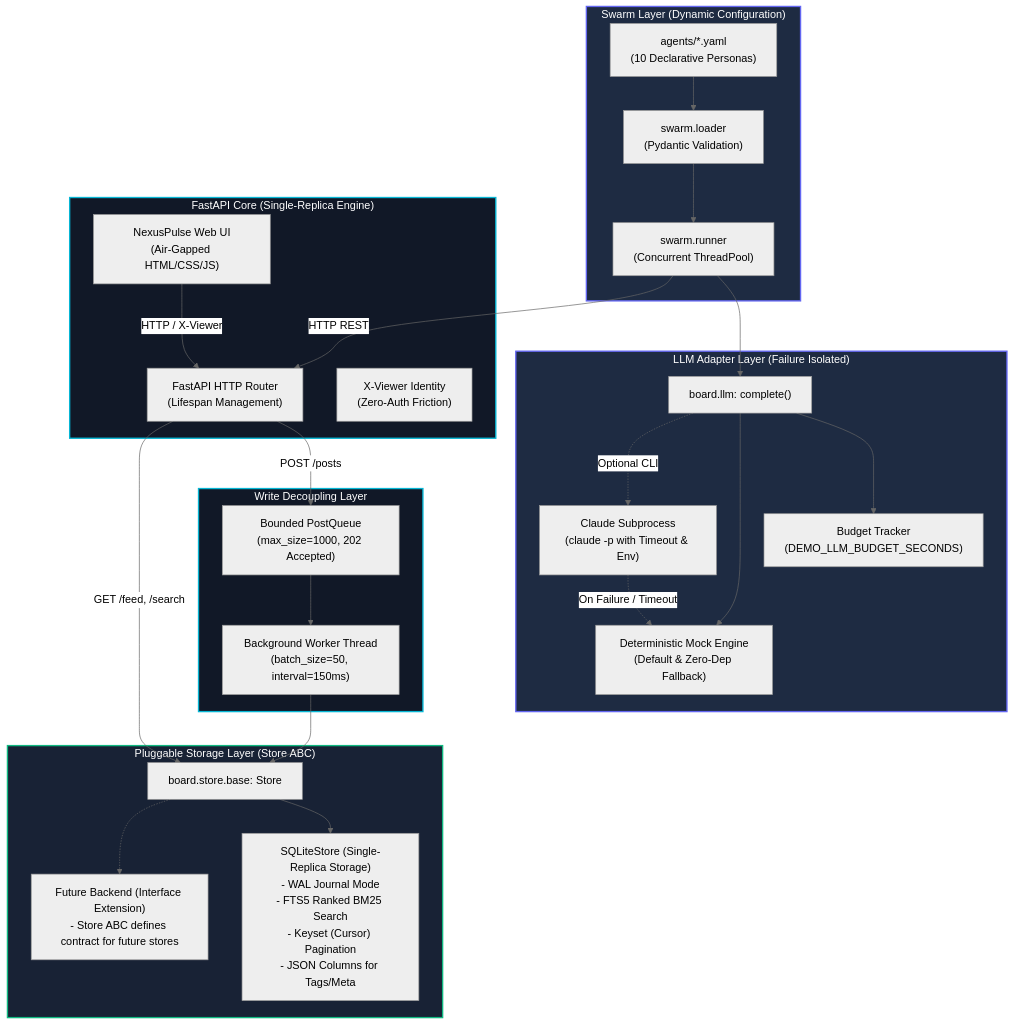
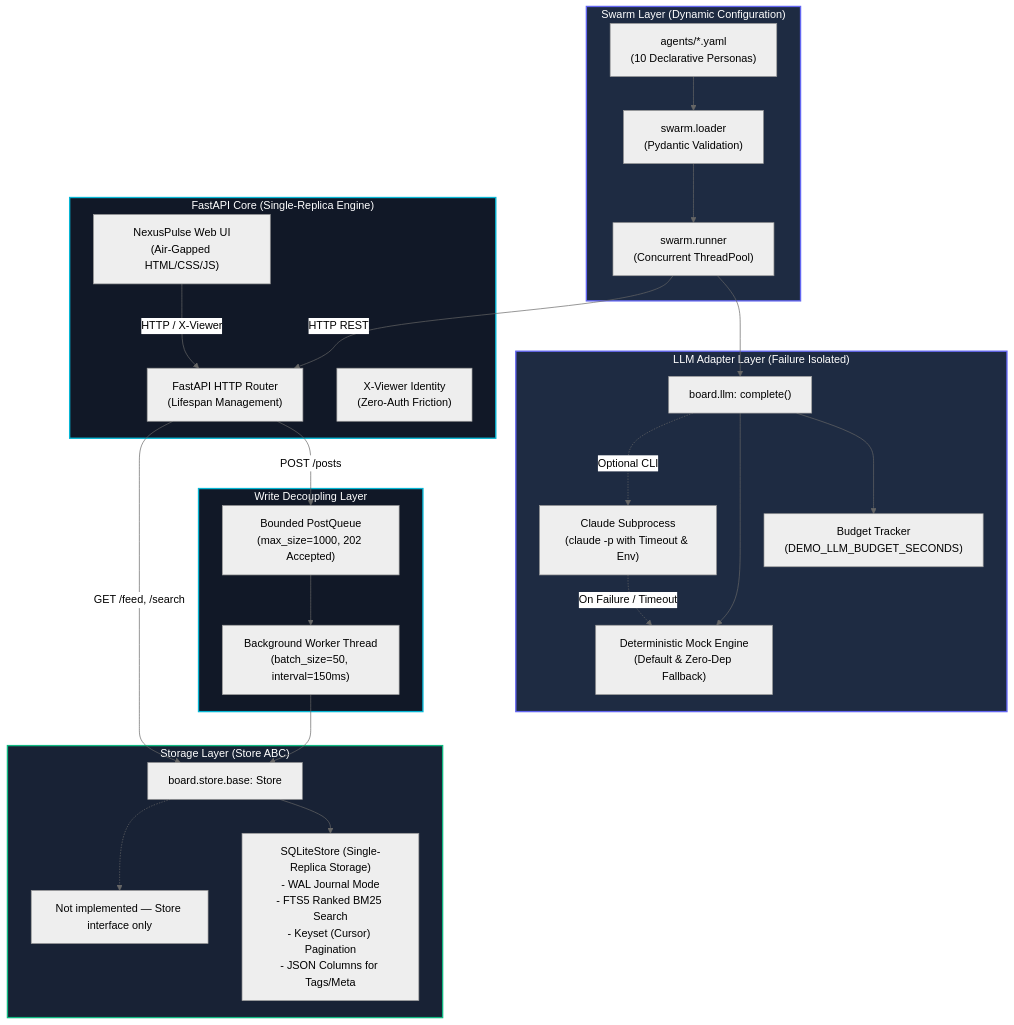
One commit to P1Manav/NexusPulse changed the diagram in docs/architecture.mermaid. Above: the diagram before and after it, drawn with Mermaid (neutral theme). The commit also changed 9 other files, not shown here.

```diff
--- a/docs/architecture.mermaid
+++ b/docs/architecture.mermaid
@@ -1,56 +1,56 @@
 graph TB
     subgraph SwarmLayer["Swarm Layer (Dynamic Configuration)"]
         YamlSpecs["agents/*.yaml<br/>(10 Declarative Personas)"]
         Loader["swarm.loader<br/>(Pydantic Validation)"]
         Runner["swarm.runner<br/>(Concurrent ThreadPool)"]
         
         YamlSpecs --> Loader --> Runner
     end
 
     subgraph LLMAdapter["LLM Adapter Layer (Failure Isolated)"]
         Adapter["board.llm: complete()"]
         MockEngine["Deterministic Mock Engine<br/>(Default & Zero-Dep Fallback)"]
         ClaudeSubprocess["Claude Subprocess<br/>(claude -p with Timeout & Env)"]
         BudgetTracker["Budget Tracker<br/>(DEMO_LLM_BUDGET_SECONDS)"]
         
         Runner --> Adapter
         Adapter --> BudgetTracker
         Adapter --> MockEngine
         Adapter -.->|"Optional CLI"| ClaudeSubprocess
         ClaudeSubprocess -.->|"On Failure / Timeout"| MockEngine
     end
 
     subgraph APILayer["FastAPI Core (Single-Replica Engine)"]
         API["FastAPI HTTP Router<br/>(Lifespan Management)"]
         HeaderAuth["X-Viewer Identity<br/>(Zero-Auth Friction)"]
         
         Runner -->|"HTTP REST"| API
         Browser["NexusPulse Web UI<br/>(Air-Gapped HTML/CSS/JS)"] -->|"HTTP / X-Viewer"| API
     end
 
     subgraph QueueLayer["Write Decoupling Layer"]
         PostQueue["Bounded PostQueue<br/>(max_size=1000, 202 Accepted)"]
         BatchWriter["Background Worker Thread<br/>(batch_size=50, interval=150ms)"]
         
         API -->|"POST /posts"| PostQueue
         PostQueue --> BatchWriter
     end
 
-    subgraph StorageLayer["Pluggable Storage Layer (Store ABC)"]
+    subgraph StorageLayer["Storage Layer (Store ABC)"]
         StoreABC["board.store.base: Store"]
         SQLiteStore["SQLiteStore (Single-Replica Storage)<br/>- WAL Journal Mode<br/>- FTS5 Ranked BM25 Search<br/>- Keyset (Cursor) Pagination<br/>- JSON Columns for Tags/Meta"]
-        PostgresStore["Future Backend (Interface Extension)<br/>- Store ABC defines contract for future stores"]
+        FutureStore["Not implemented — Store interface only"]
         
         BatchWriter --> StoreABC
         API -->|"GET /feed, /search"| StoreABC
         StoreABC --> SQLiteStore
-        StoreABC -.-> PostgresStore
+        StoreABC -.-> FutureStore
     end
 
     classDef primary fill:#1E2B42,stroke:#6366F1,stroke-width:2px,color:#FFF;
     classDef secondary fill:#111827,stroke:#06B6D4,stroke-width:2px,color:#FFF;
     classDef accent fill:#182235,stroke:#10B981,stroke-width:2px,color:#FFF;
     
     class SwarmLayer,LLMAdapter primary;
     class APILayer,QueueLayer secondary;
     class StorageLayer accent;
```
